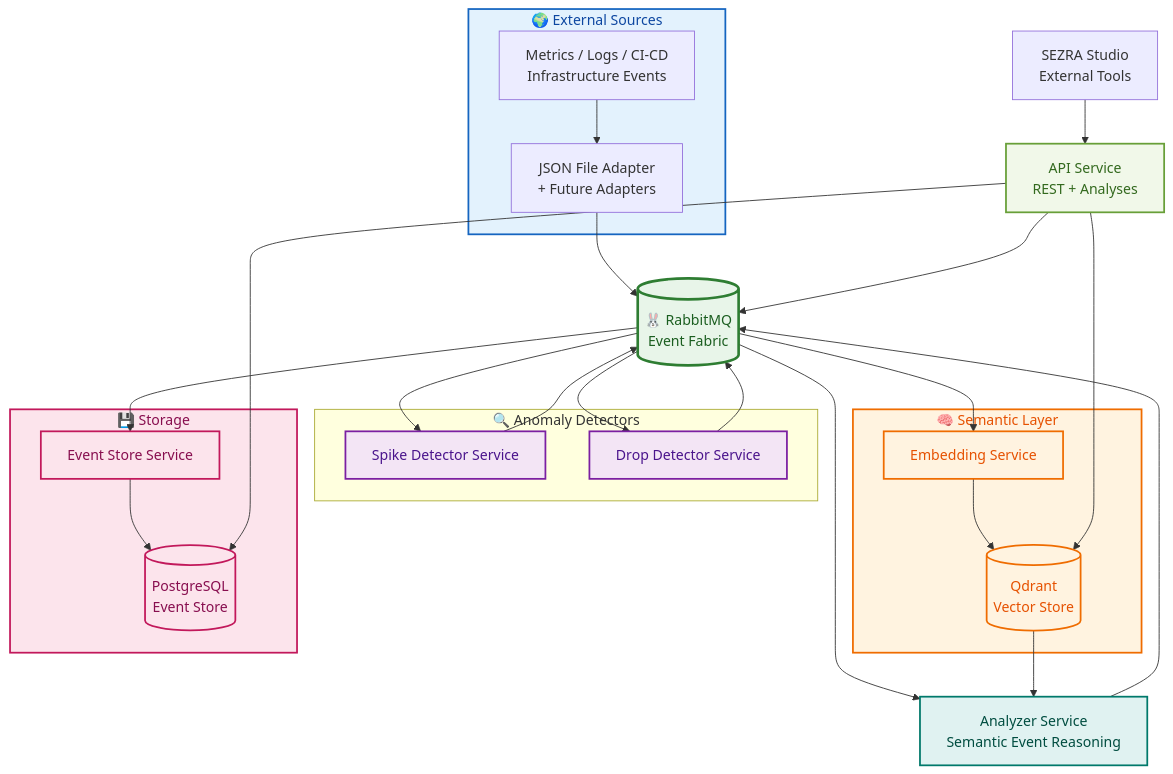
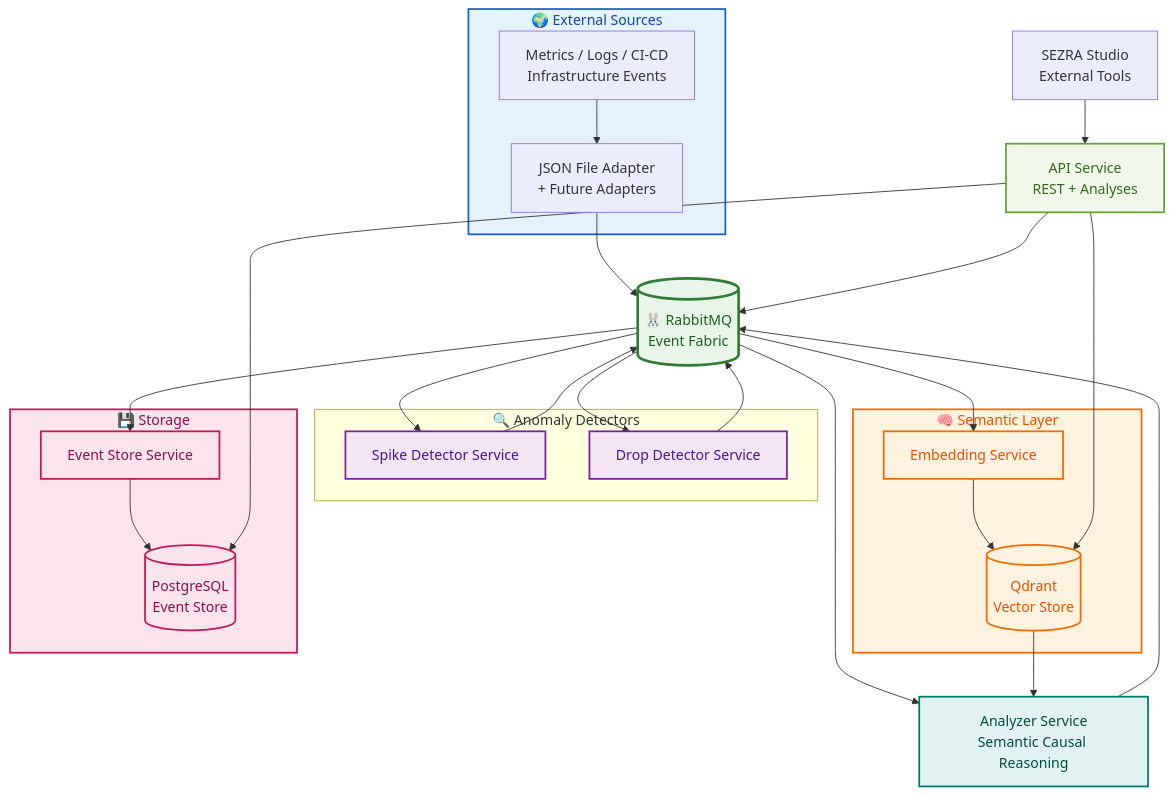
One commit to orhangezginci/sezra changed the diagram in README.md. Above: the diagram before and after it, drawn with Mermaid. The commit also changed other lines of this file, not shown here.

```diff
--- a/README.md
+++ b/README.md
@@ -131,7 +137,7 @@
     end
 
     %% === CORE PROCESSING ===
-    ANALYZER[Analyzer Service<br/>Semantic Event Reasoning]
+    ANALYZER[Analyzer Service<br/>Semantic Causal Reasoning]
 
     %% === STORAGE ===
     subgraph Storage["💾 Storage"]
```
